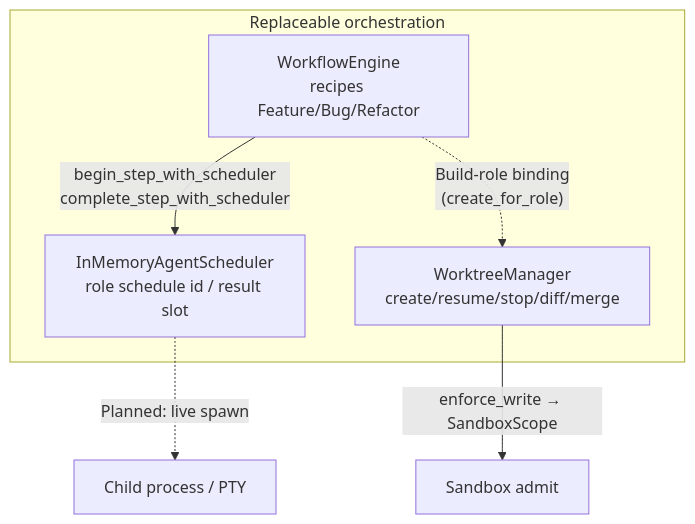
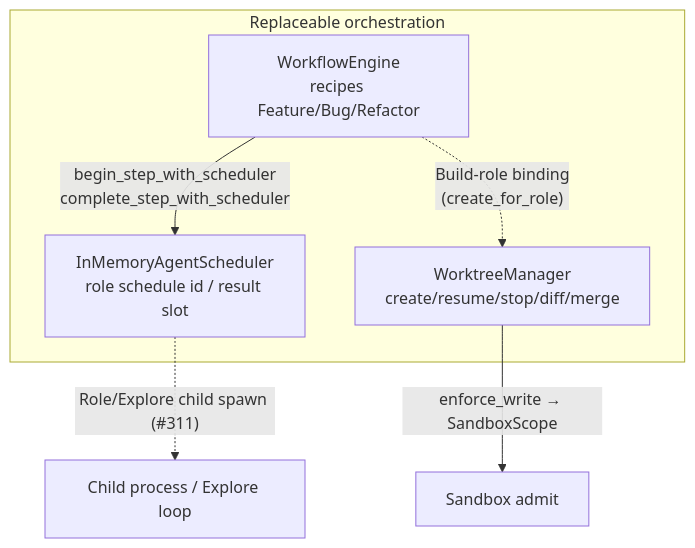
The first of 2 diagrams in ARCHITECTURE.md (1tuz/impetus), drawn with Mermaid before and after one commit. The commit also changed other lines of this file and 3 other files, not shown here.

````diff
--- a/ARCHITECTURE.md
+++ b/ARCHITECTURE.md
@@ -43,12 +43,12 @@
 ```mermaid
 flowchart TB
   subgraph replaceable [Replaceable orchestration]
     WE["WorkflowEngine<br/>recipes Feature/Bug/Refactor"]
     AS["InMemoryAgentScheduler<br/>role schedule id / result slot"]
     WT["WorktreeManager<br/>create/resume/stop/diff/merge"]
   end
   WE -->|"begin_step_with_scheduler<br/>complete_step_with_scheduler"| AS
   WE -.->|"Build-role binding<br/>(create_for_role)"| WT
-  AS -.->|"Planned: live spawn"| Spawn["Child process / PTY"]
+  AS -.->|"Role/Explore child spawn (#311)"| Spawn["Child process / Explore loop"]
   WT -->|"enforce_write → SandboxScope"| SB["Sandbox admit"]
 ```
````
